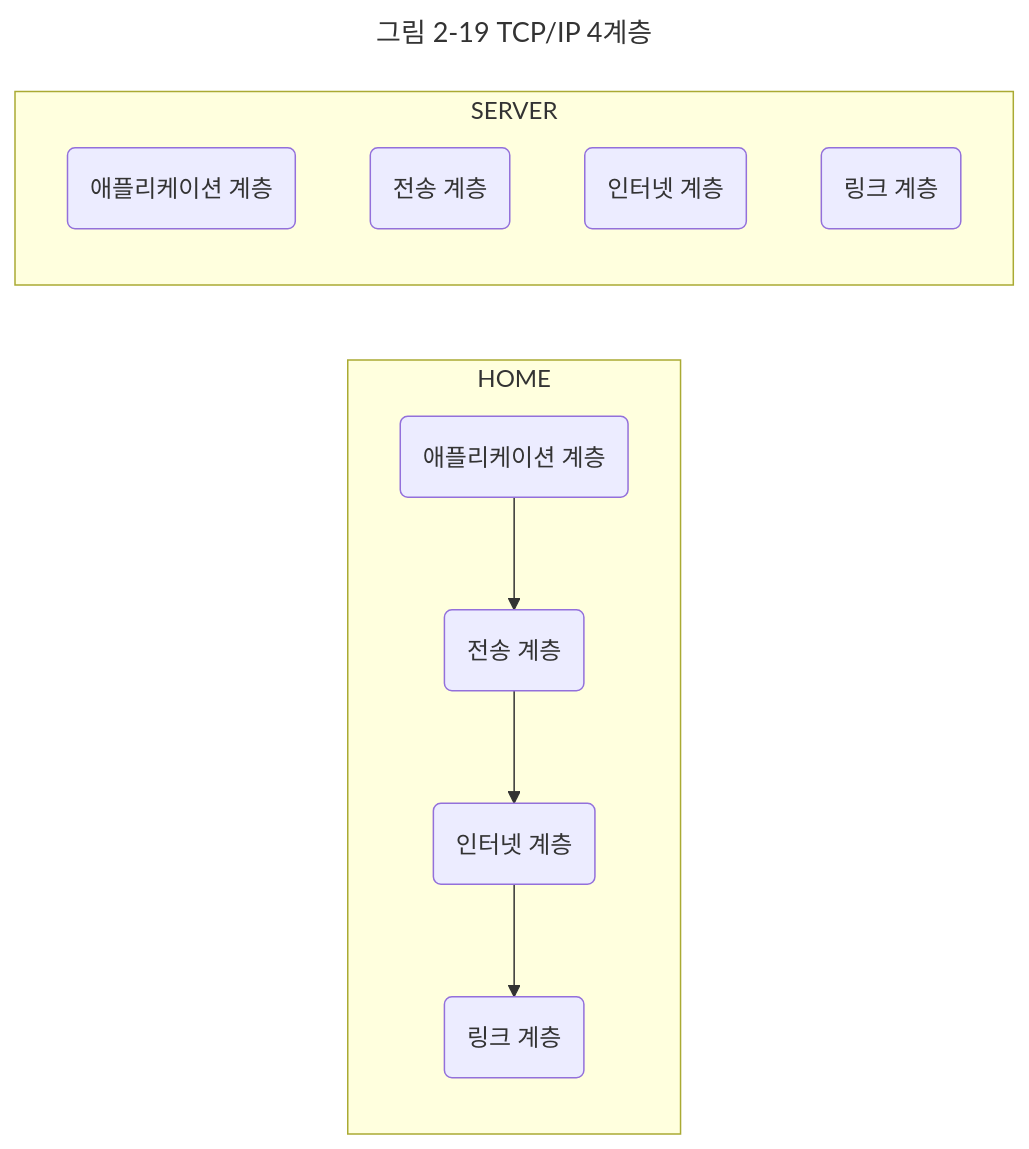
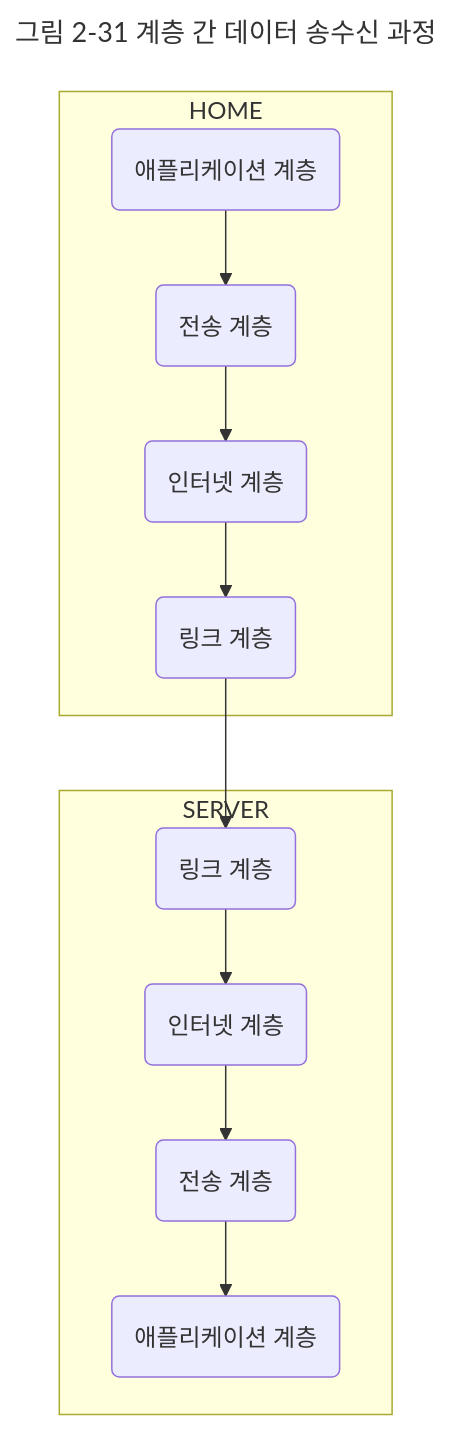
Before and after one commit to kimregular/DAILY_STUDY: the third of 3 diagrams in 독서/8. 면접을 위한 cs 전공지식 노트/02. 네트워크/02-05. 계층 구조.md, drawn with Mermaid. The commit also changed other lines of this file, not shown here.

````diff
--- a/독서/8. 면접을 위한 cs 전공지식 노트/02. 네트워크/02-05. 계층 구조.md
+++ b/독서/8. 면접을 위한 cs 전공지식 노트/02. 네트워크/02-05. 계층 구조.md
@@ -215,21 +215,23 @@
 ```mermaid
 ---
-title : 그림 2-19 TCP/IP 4계층
+title : 그림 2-31 계층 간 데이터 송수신 과정
 ---
-flowchart LR
+flowchart TB
 	subgraph "HOME"
 		e1("애플리케이션 계층")
 		e2("전송 계층")
 		e3("인터넷 계층")
 		e4("링크 계층")
 	end
 
 	subgraph "SERVER"
 		a1("애플리케이션 계층")
 		a2("전송 계층")
 		a3("인터넷 계층")
 		a4("링크 계층")
 	end
 
 	e1 --> e2 --> e3 --> e4
+	e4 --> a4
+	a4 --> a3 --> a2 --> a1
 ```
````
